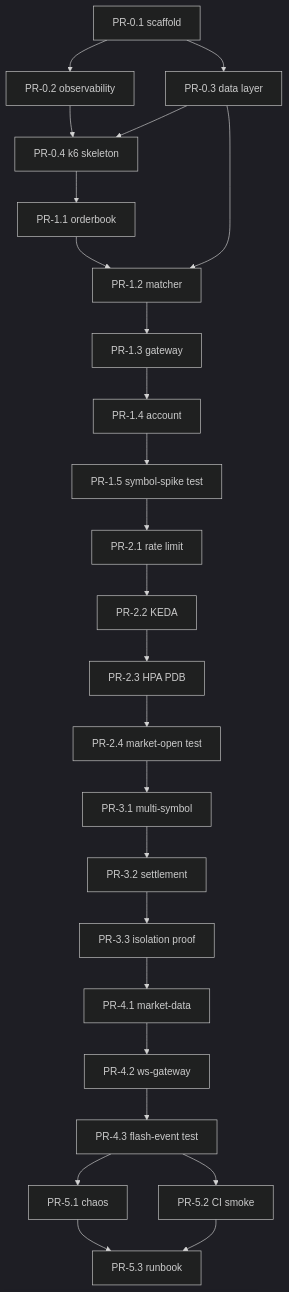
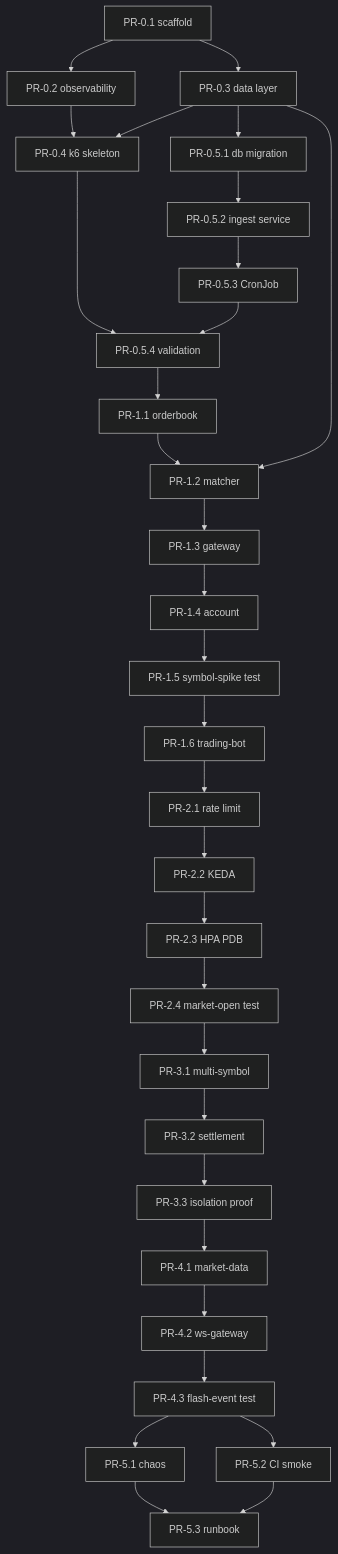
Before and after one commit to grademe12/stock-market: the fourth of 4 diagrams in docs/IMPLEMENTATION_PLAN.md, drawn with Mermaid (dark theme). The commit also changed other lines of this file, not shown here.

````diff
--- a/docs/IMPLEMENTATION_PLAN.md
+++ b/docs/IMPLEMENTATION_PLAN.md
@@ -653,32 +868,39 @@
 ```mermaid
 flowchart TD
     P01[PR-0.1 scaffold] --> P02[PR-0.2 observability]
     P01 --> P03[PR-0.3 data layer]
     P02 --> P04[PR-0.4 k6 skeleton]
     P03 --> P04
 
-    P04 --> P11[PR-1.1 orderbook]
+    P03 --> P051[PR-0.5.1 db migration]
+    P051 --> P052[PR-0.5.2 ingest service]
+    P052 --> P053[PR-0.5.3 CronJob]
+    P053 --> P054[PR-0.5.4 validation]
+
+    P04 --> P054
+    P054 --> P11[PR-1.1 orderbook]
     P11 --> P12[PR-1.2 matcher]
     P03 --> P12
     P12 --> P13[PR-1.3 gateway]
     P13 --> P14[PR-1.4 account]
     P14 --> P15[PR-1.5 symbol-spike test]
+    P15 --> P16[PR-1.6 trading-bot]
 
-    P15 --> P21[PR-2.1 rate limit]
+    P16 --> P21[PR-2.1 rate limit]
     P21 --> P22[PR-2.2 KEDA]
     P22 --> P23[PR-2.3 HPA PDB]
     P23 --> P24[PR-2.4 market-open test]
 
     P24 --> P31[PR-3.1 multi-symbol]
     P31 --> P32[PR-3.2 settlement]
     P32 --> P33[PR-3.3 isolation proof]
 
     P33 --> P41[PR-4.1 market-data]
     P41 --> P42[PR-4.2 ws-gateway]
     P42 --> P43[PR-4.3 flash-event test]
 
     P43 --> P51[PR-5.1 chaos]
     P43 --> P52[PR-5.2 CI smoke]
     P51 --> P53[PR-5.3 runbook]
     P52 --> P53
 ```
````
